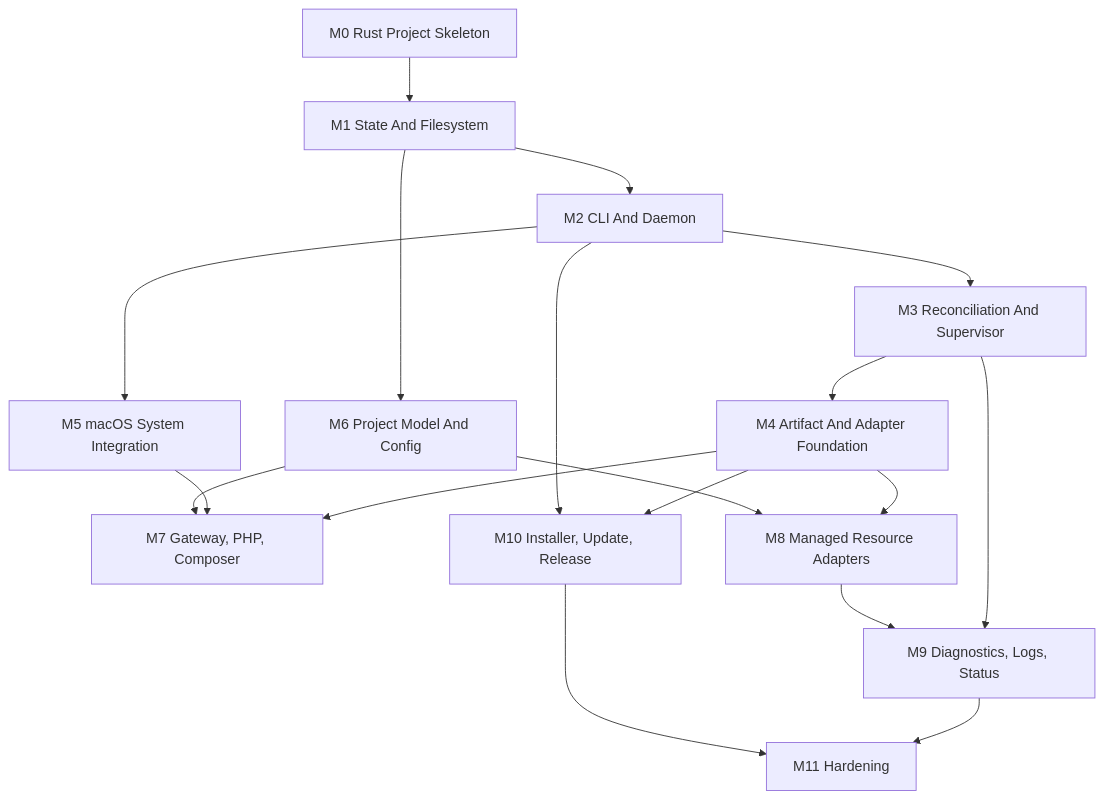
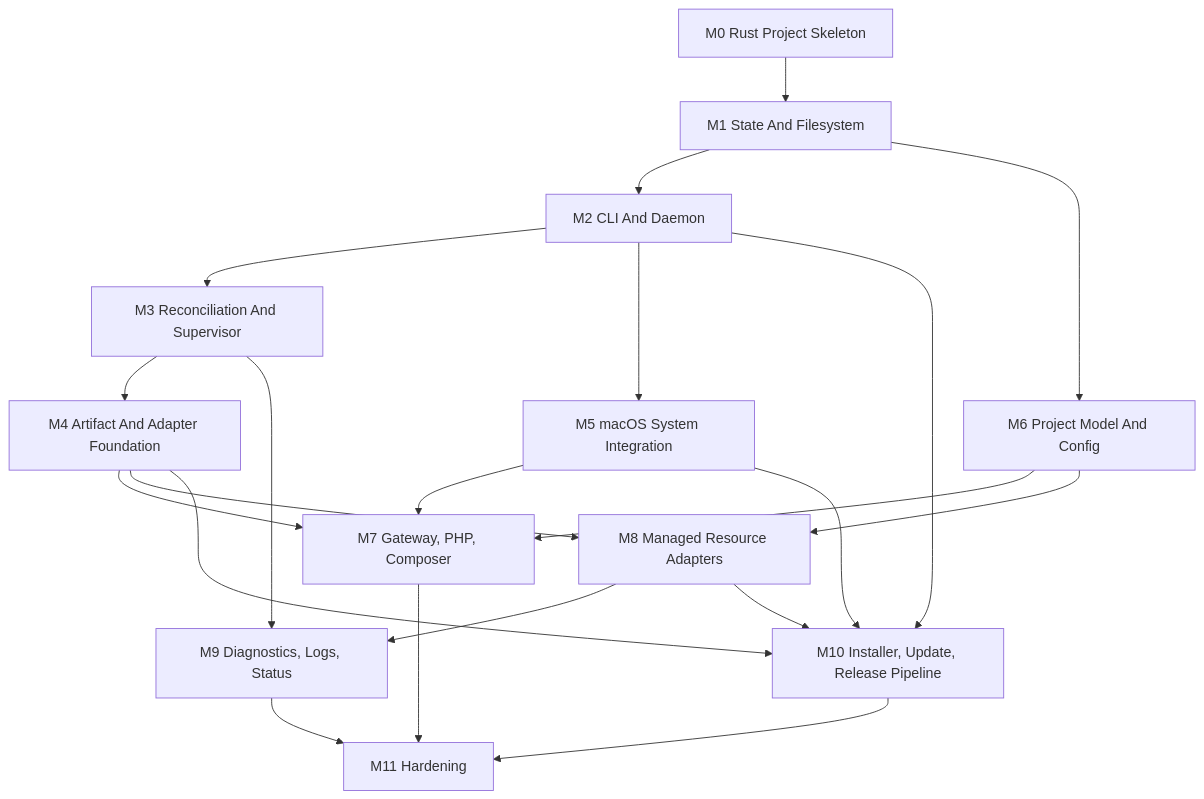
One commit to prvious/pv changed the diagram in IMPLEMENTATION.md. Above: the diagram before and after it, drawn with Mermaid. The commit also changed other lines of this file and 4 other files, not shown here.

Commit message:
docs: document artifact release pipeline

````diff
--- a/IMPLEMENTATION.md
+++ b/IMPLEMENTATION.md
@@ -46,20 +50,23 @@
 ```mermaid
 graph TD
     M0[M0 Rust Project Skeleton] --> M1[M1 State And Filesystem]
     M1 --> M2[M2 CLI And Daemon]
     M1 --> M6[M6 Project Model And Config]
     M2 --> M3[M3 Reconciliation And Supervisor]
     M3 --> M4[M4 Artifact And Adapter Foundation]
     M2 --> M5[M5 macOS System Integration]
     M4 --> M7[M7 Gateway, PHP, Composer]
     M5 --> M7
     M6 --> M7
     M4 --> M8[M8 Managed Resource Adapters]
     M6 --> M8
     M3 --> M9[M9 Diagnostics, Logs, Status]
     M8 --> M9
-    M4 --> M10[M10 Installer, Update, Release]
+    M4 --> M10[M10 Installer, Update, Release Pipeline]
     M2 --> M10
-    M9 --> M11[M11 Hardening]
+    M5 --> M10
+    M8 --> M10
+    M7 --> M11[M11 Hardening]
+    M9 --> M11
     M10 --> M11
 ```
````
